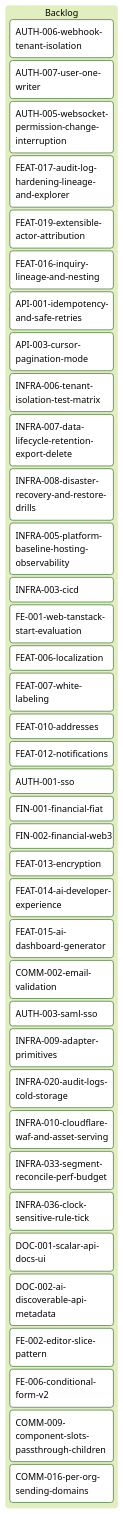
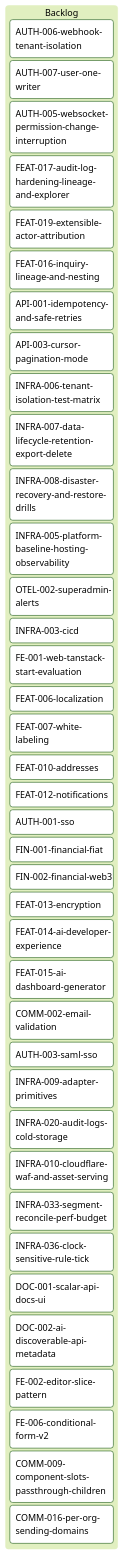
One commit to inixiative/template changed the diagram in tickets/kanban-backlog.md. Above: the diagram before and after it, drawn with Mermaid (forest theme). The commit also changed other lines of this file and 38 other files, not shown here.

````diff
--- a/tickets/kanban-backlog.md
+++ b/tickets/kanban-backlog.md
@@ -3,46 +3,47 @@
 ```mermaid
 ---
 config:
   kanban:
     ticketBaseUrl: 'https://github.com/yourorg/template/blob/main/tickets/#TICKET#'
 ---
 kanban
   Backlog
     AUTH-006-webhook-tenant-isolation
     AUTH-007-user-one-writer
     AUTH-005-websocket-permission-change-interruption
     FEAT-017-audit-log-hardening-lineage-and-explorer
     FEAT-019-extensible-actor-attribution
     FEAT-016-inquiry-lineage-and-nesting
     API-001-idempotency-and-safe-retries
     API-003-cursor-pagination-mode
     INFRA-006-tenant-isolation-test-matrix
     INFRA-007-data-lifecycle-retention-export-delete
     INFRA-008-disaster-recovery-and-restore-drills
     INFRA-005-platform-baseline-hosting-observability
+    OTEL-002-superadmin-alerts
     INFRA-003-cicd
     FE-001-web-tanstack-start-evaluation
     FEAT-006-localization
     FEAT-007-white-labeling
     FEAT-010-addresses
     FEAT-012-notifications
     AUTH-001-sso
     FIN-001-financial-fiat
     FIN-002-financial-web3
     FEAT-013-encryption
     FEAT-014-ai-developer-experience
     FEAT-015-ai-dashboard-generator
     COMM-002-email-validation
     AUTH-003-saml-sso
     INFRA-009-adapter-primitives
     INFRA-020-audit-logs-cold-storage
     INFRA-010-cloudflare-waf-and-asset-serving
     INFRA-033-segment-reconcile-perf-budget
     INFRA-036-clock-sensitive-rule-tick
     DOC-001-scalar-api-docs-ui
     DOC-002-ai-discoverable-api-metadata
     FE-002-editor-slice-pattern
     FE-006-conditional-form-v2
     COMM-009-component-slots-passthrough-children
     COMM-016-per-org-sending-domains
 ```
````
